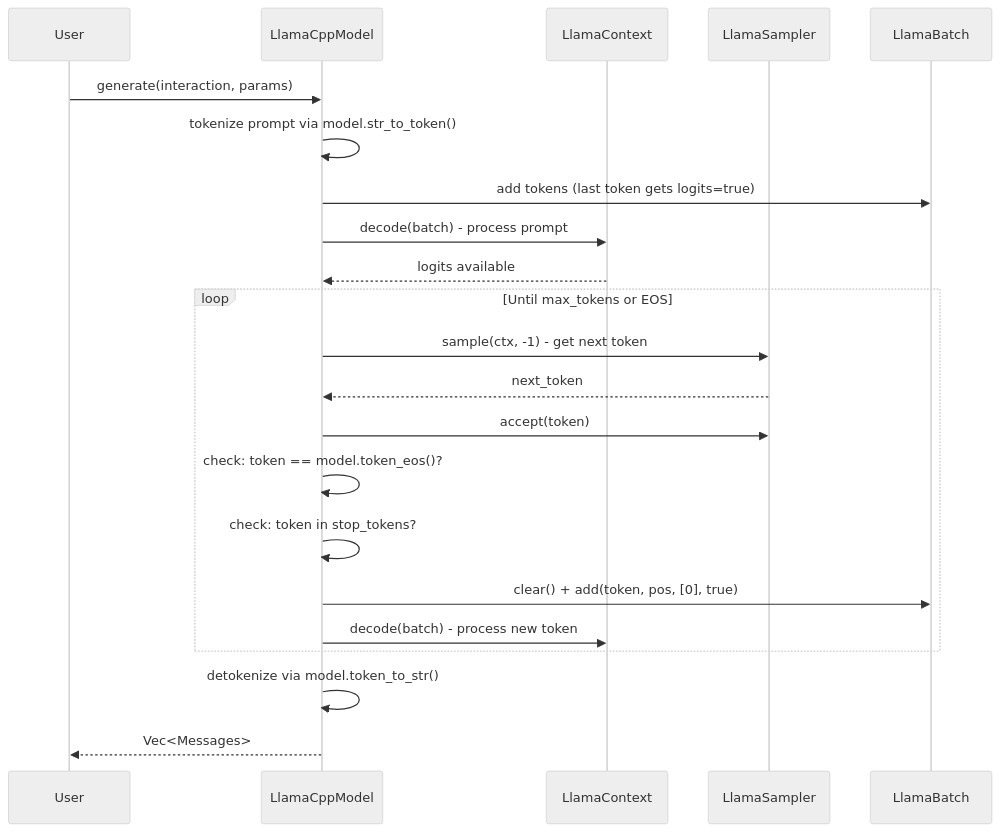
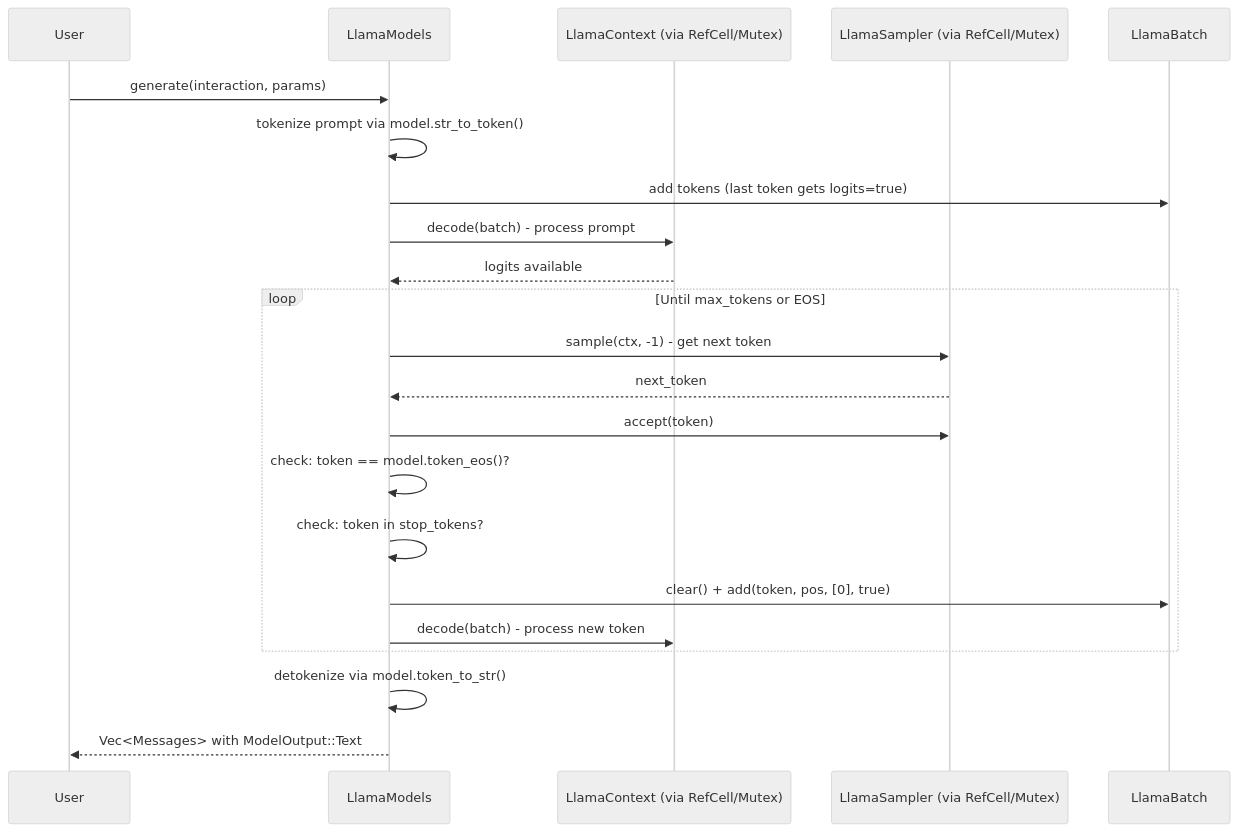
The second of 4 diagrams in specifications/07-foundation-ai/features/01-llamacpp-integration/feature.md (ewe-studios/ewe_platform), drawn with Mermaid (neutral theme) before and after one commit. The commit also changed other lines of this file and 2 other files, not shown here.

````diff
--- a/specifications/07-foundation-ai/features/01-llamacpp-integration/feature.md
+++ b/specifications/07-foundation-ai/features/01-llamacpp-integration/feature.md
@@ -163,27 +184,27 @@
 ```mermaid
 sequenceDiagram
     participant User
-    participant FM as LlamaCppModel
-    participant LC as LlamaContext
-    participant LS as LlamaSampler
+    participant LM as LlamaModels
+    participant LC as LlamaContext (via RefCell/Mutex)
+    participant LS as LlamaSampler (via RefCell/Mutex)
     participant LB as LlamaBatch
 
-    User->>FM: generate(interaction, params)
-    FM->>FM: tokenize prompt via model.str_to_token()
-    FM->>LB: add tokens (last token gets logits=true)
-    FM->>LC: decode(batch) - process prompt
-    LC-->>FM: logits available
+    User->>LM: generate(interaction, params)
+    LM->>LM: tokenize prompt via model.str_to_token()
+    LM->>LB: add tokens (last token gets logits=true)
+    LM->>LC: decode(batch) - process prompt
+    LC-->>LM: logits available
 
     loop Until max_tokens or EOS
-        FM->>LS: sample(ctx, -1) - get next token
-        LS-->>FM: next_token
-        FM->>LS: accept(token)
-        FM->>FM: check: token == model.token_eos()?
-        FM->>FM: check: token in stop_tokens?
-        FM->>LB: clear() + add(token, pos, [0], true)
-        FM->>LC: decode(batch) - process new token
+        LM->>LS: sample(ctx, -1) - get next token
+        LS-->>LM: next_token
+        LM->>LS: accept(token)
+        LM->>LM: check: token == model.token_eos()?
+        LM->>LM: check: token in stop_tokens?
+        LM->>LB: clear() + add(token, pos, [0], true)
+        LM->>LC: decode(batch) - process new token
     end
 
-    FM->>FM: detokenize via model.token_to_str()
-    FM-->>User: Vec<Messages>
+    LM->>LM: detokenize via model.token_to_str()
+    LM-->>User: Vec<Messages> with ModelOutput::Text
 ```
````
